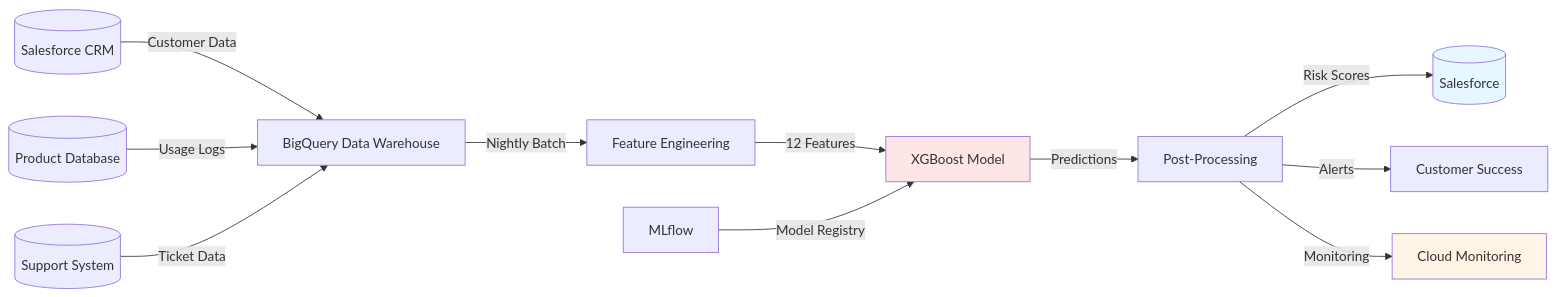
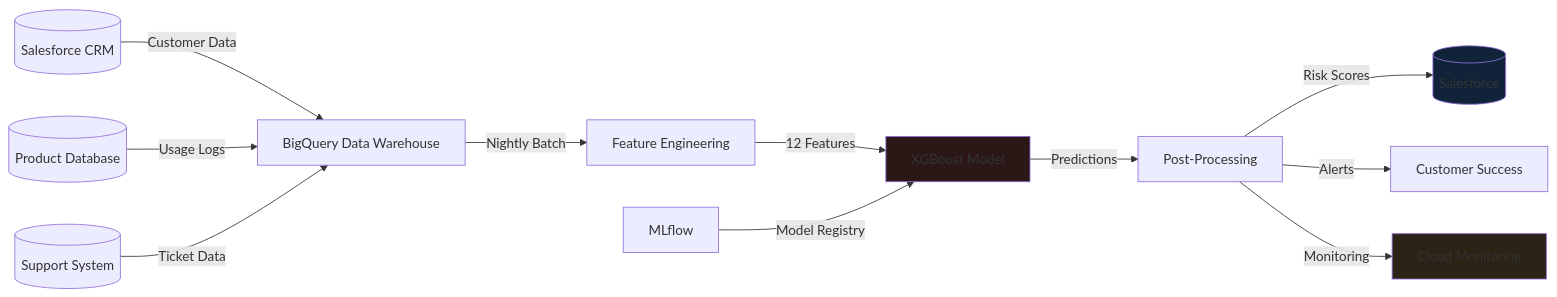
One commit to quangphu1912/quangphu1912.github.io changed the diagram in _projects/churn-prediction.md. Above: the diagram before and after it, drawn with Mermaid. The commit also changed 2 other files, not shown here.

Commit message:
fix: mermaid diagrams use dark fills (restore dark-theme intent)

````diff
--- a/_projects/churn-prediction.md
+++ b/_projects/churn-prediction.md
@@ -27,19 +27,19 @@
 ```mermaid
 graph LR
     A[(Salesforce CRM)] -->|Customer Data| B[BigQuery Data Warehouse]
     C[(Product Database)] -->|Usage Logs| B
     D[(Support System)] -->|Ticket Data| B
 
     B -->|Nightly Batch| E[Feature Engineering]
     E -->|12 Features| F[XGBoost Model]
     F -->|Predictions| G[Post-Processing]
     G -->|Risk Scores| H[(Salesforce)]
     G -->|Alerts| I[Customer Success]
 
     J[MLflow] -->|Model Registry| F
     G -->|Monitoring| K[Cloud Monitoring]
 
-    style F fill:#ffe6e6
-    style H fill:#e6f7ff
-    style K fill:#fff4e6
+    style F fill:#2c1717
+    style H fill:#102339
+    style K fill:#2c2317
 ```
````
